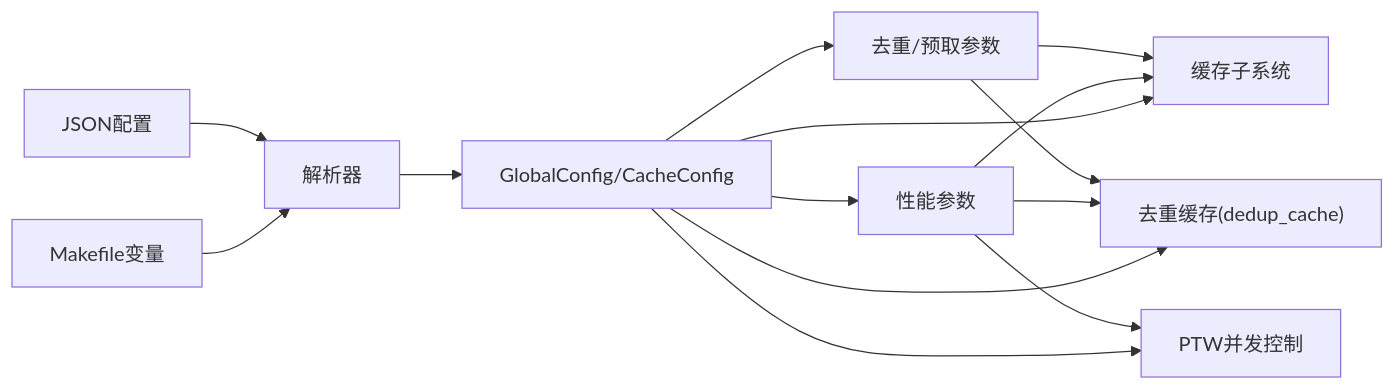
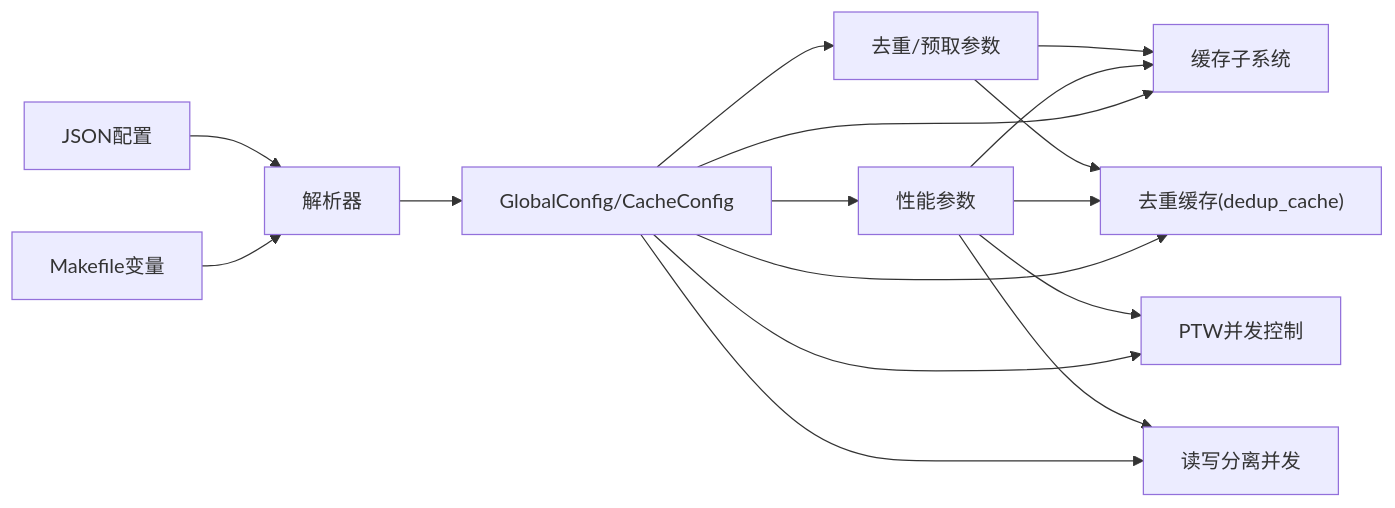
The fourth of 4 diagrams in .qoder/repowiki/zh/content/配置与参数/配置与参数.md (jiangjiang1122/iommu_model_20260401_v1), drawn with Mermaid before and after one commit. The commit also changed other lines of this file and 159 other files, not shown here.

Commit message:
chore: 更新知识库文档 + 新增PTW并发分析图表与数据文件

````diff
--- a/.qoder/repowiki/zh/content/配置与参数/配置与参数.md
+++ b/.qoder/repowiki/zh/content/配置与参数/配置与参数.md
@@ -309,16 +361,18 @@
 ```mermaid
 graph LR
 M["Makefile变量"] --> P["解析器"]
 J["JSON配置"] --> P
 P --> T["GlobalConfig/CacheConfig"]
 T --> C["缓存子系统"]
 T --> D["去重缓存(dedup_cache)"]
 T --> PF["性能参数"]
 T --> DD["去重/预取参数"]
 T --> W["PTW并发控制"]
+T --> R["读写分离并发"]
 PF --> C
 PF --> D
 PF --> W
+PF --> R
 DD --> C
 DD --> D
 ```
````
